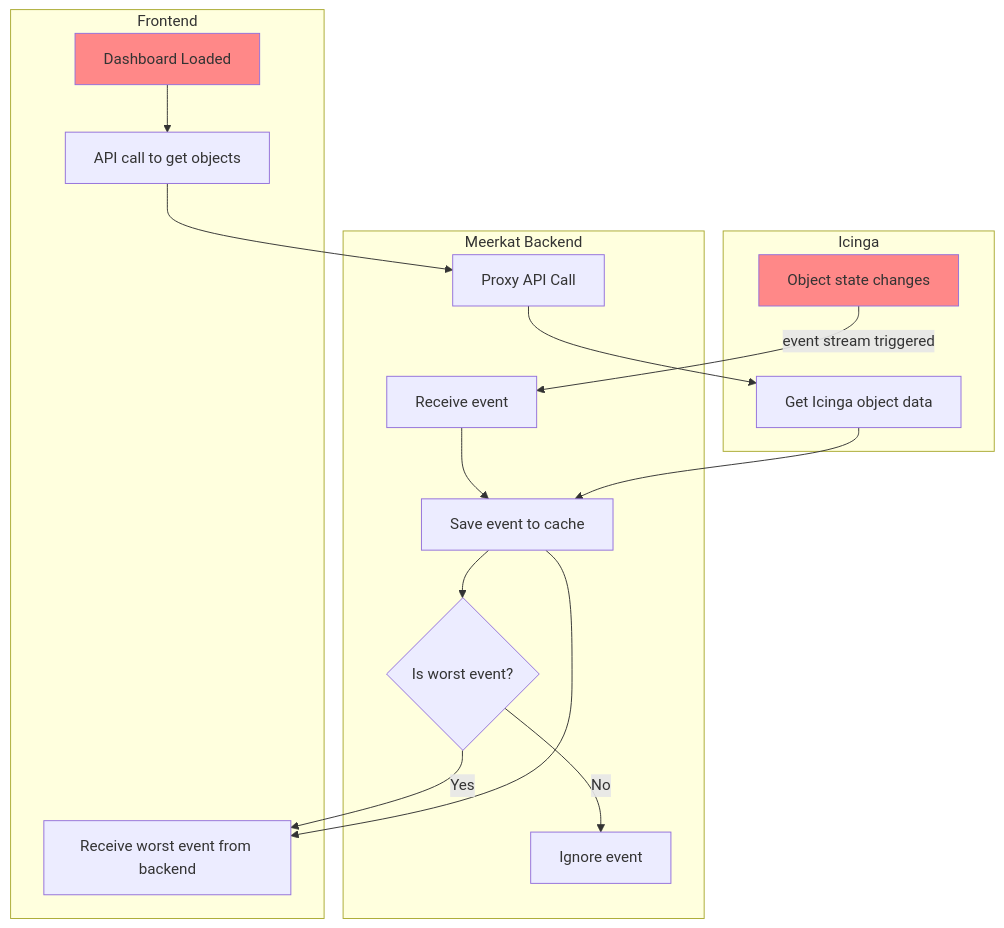
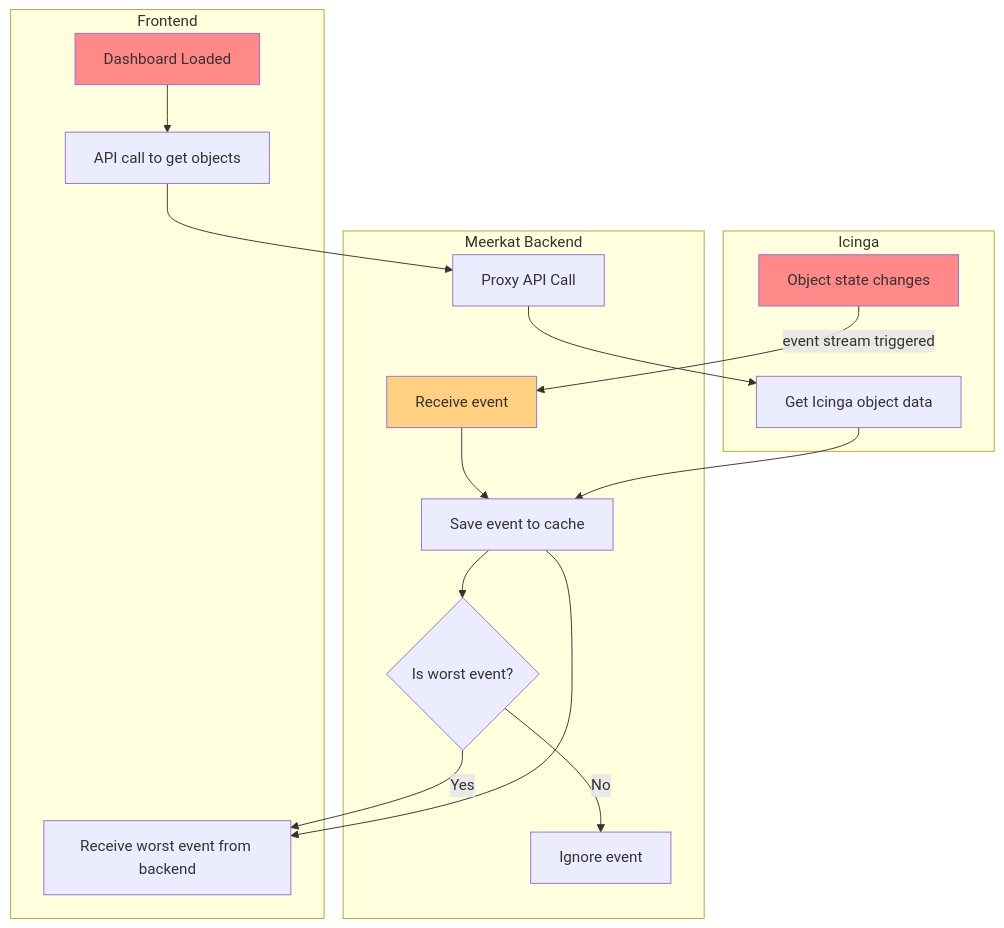
The second of 2 diagrams in docs/dev/meerkat.md (meerkat-dashboard/meerkat), drawn with Mermaid before and after one commit. The commit also changed other lines of this file, not shown here.

````diff
--- a/docs/dev/meerkat.md
+++ b/docs/dev/meerkat.md
@@ -34,32 +35,33 @@
 ```mermaid
 flowchart TB
     subgraph Icinga
         ic_statechange[Object state changes]
         ic_getIcinga[Get Icinga object data]
         style ic_statechange fill:#ff8888
     end
     subgraph Meerkat Backend
-        mb1[Receive event]
+        mb_receiveevent[Receive event]
         mb_eventcache[Save event to cache]
         mb3{Is worst event?}
         mb_ignoreevent[Ignore event]
         mb_proxyapicall[Proxy API Call]
+        style mb_receiveevent fill:#ffd080
     end
     subgraph Frontend
         fe_worstevent[Receive worst event from backend]
         fe_dashbaord[Dashboard Loaded]
         fe_apicall[API call to get objects]
         style fe_dashbaord fill:#ff8888
     end
 
-    ic_statechange -->|event stream triggered| mb1
-    mb1 --> mb_eventcache
+    ic_statechange -->|event stream triggered| mb_receiveevent
+    mb_receiveevent --> mb_eventcache
     mb_eventcache --> mb3
     mb3 -- Yes --> fe_worstevent
     mb3 -- No --> mb_ignoreevent
     mb_proxyapicall --> ic_getIcinga
     ic_getIcinga --> mb_eventcache
     fe_dashbaord --> fe_apicall
     fe_apicall --> mb_proxyapicall
     mb_eventcache --> fe_worstevent
 ```
````
